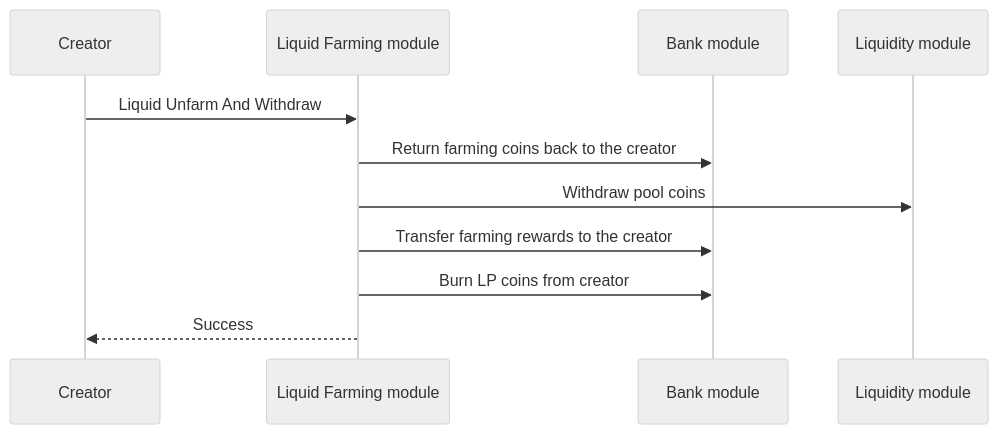
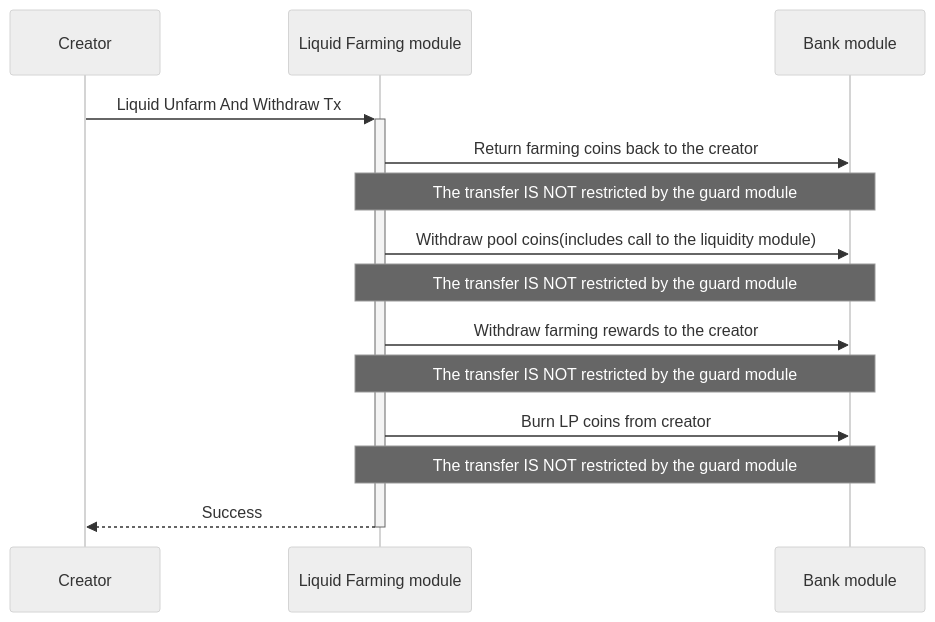
The third of 6 diagrams in x/liquidfarming/spec/08_txs_flows.md (MANTRA-Chain/mantrachain), drawn with Mermaid (neutral theme) before and after one commit. The commit also changed other lines of this file and 12 other files, not shown here.

Commit message:
docs: add update txs flows docs

````diff
--- a/x/liquidfarming/spec/08_txs_flows.md
+++ b/x/liquidfarming/spec/08_txs_flows.md
@@ -28,9 +33,13 @@
 ```mermaid
 sequenceDiagram
-Creator ->> Liquid Farming module: Liquid Unfarm And Withdraw
+Creator->>+Liquid Farming module: Liquid Unfarm And Withdraw Tx
 Liquid Farming module->>Bank module: Return farming coins back to the creator
-Liquid Farming module->>Liquidity module: Withdraw pool coins
-Liquid Farming module->>Bank module: Transfer farming rewards to the creator
-Liquid Farming module->> Bank module: Burn LP coins from creator
-Liquid Farming module-->> Creator: Success
+Note over Liquid Farming module, Bank module: The transfer IS NOT restricted by the guard module
+Liquid Farming module->>Bank module: Withdraw pool coins(includes call to the liquidity module)
+Note over Liquid Farming module, Bank module: The transfer IS NOT restricted by the guard module
+Liquid Farming module->>Bank module: Withdraw farming rewards to the creator
+Note over Liquid Farming module, Bank module: The transfer IS NOT restricted by the guard module
+Liquid Farming module->>Bank module: Burn LP coins from creator
+Note over Liquid Farming module, Bank module: The transfer IS NOT restricted by the guard module
+Liquid Farming module-->>-Creator: Success
 ```
````
